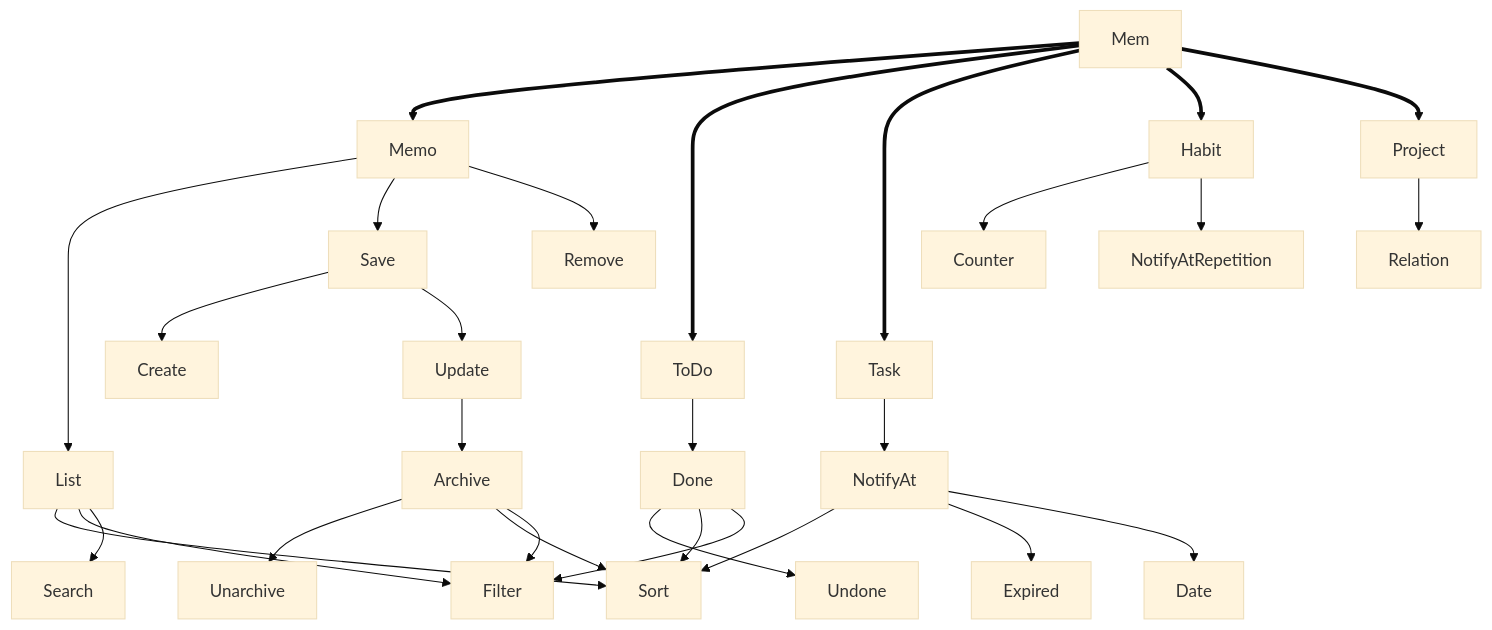
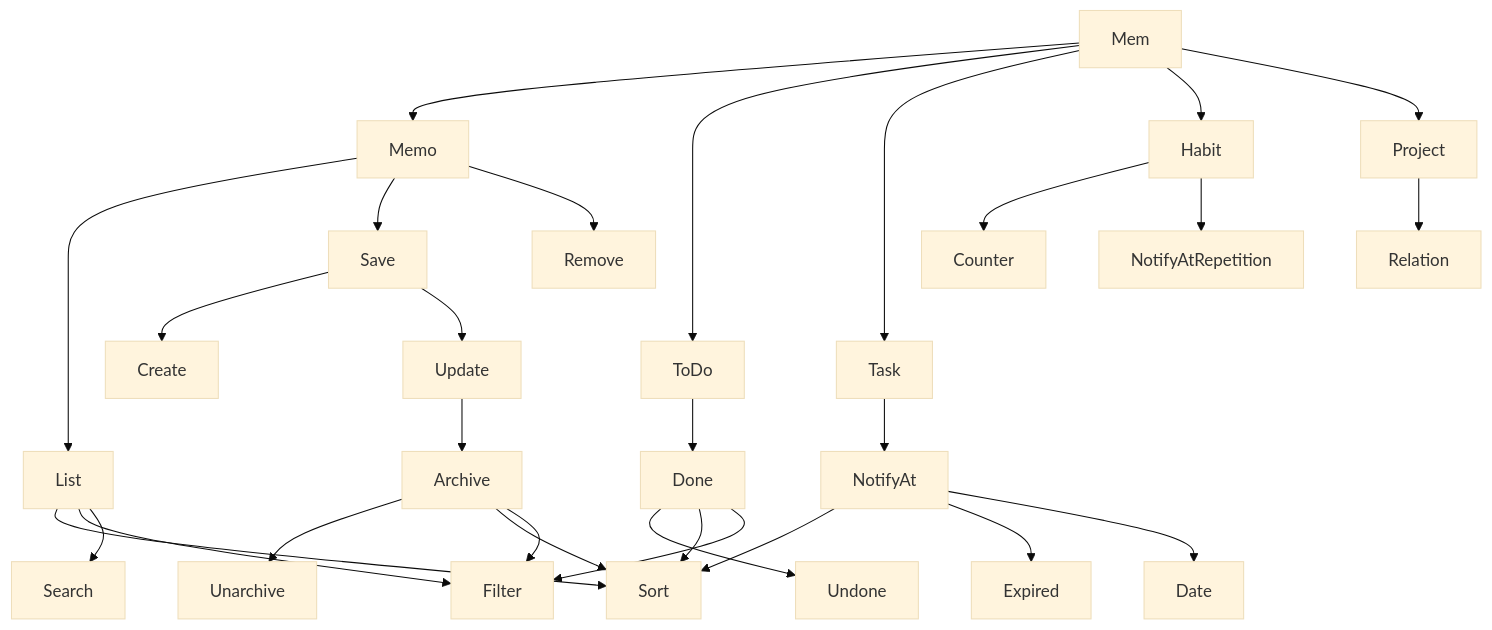
The diagram in docs/load_map.md (zin-/mem), drawn with Mermaid (base theme) before and after one commit.

Commit message:
refactoring
wip add `load_map.md`

mem-146 ロードマップを考える

````diff
--- a/docs/load_map.md
+++ b/docs/load_map.md
@@ -3,36 +3,36 @@
 ```mermaid
 flowchart TD
-    Mem ==> Memo
+    Mem --> Memo
+    Mem --> ToDo
+    Mem --> Task
+    Mem --> Habit
+    Mem --> Project
 
     Memo --> List
     Memo --> Save
     Save --> Create
     Save --> Update
     Update --> Archive
     Archive --> Unarchive
     Archive --> Sort
     List --> Sort
     Archive --> Filter
     List --> Filter
     Memo --> Remove
     List --> Search
 
-    Mem ==> ToDo
     ToDo --> Done
     Done --> Undone
     Done --> Sort
     Done --> Filter
 
-    Mem ==> Task
     Task --> NotifyAt
     NotifyAt --> Sort
     NotifyAt --> Expired
     NotifyAt --> Date
 
-    Mem ==> Habit
     Habit --> Counter
     Habit --> NotifyAtRepetition
 
-    Mem ==> Project
     Project --> Relation
 ```
````
